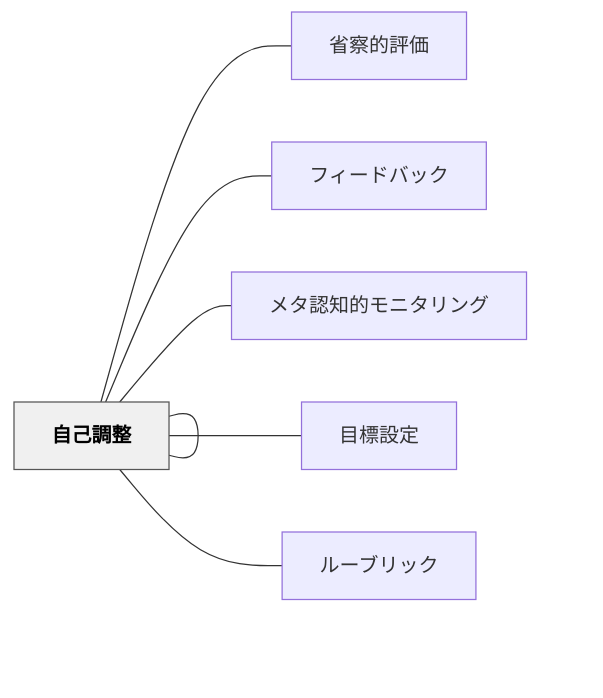
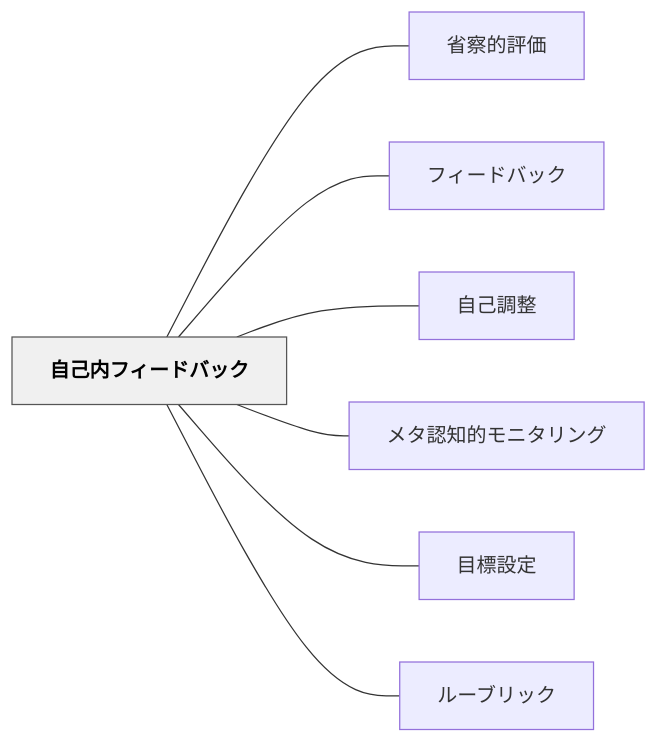
One commit to unknownthings-ed-patterns/unknownthings-ed-patterns changed the diagram in content/パタン/自己内フィードバック.md. Above: the diagram before and after it, drawn with Mermaid. The commit also changed 527 other files, not shown here.

````diff
--- a/content/パタン/自己内フィードバック.md
+++ b/content/パタン/自己内フィードバック.md
@@ -63,20 +63,20 @@
 ```mermaid
 flowchart LR
-    ne887aae5b7b1["自己内フィードバック"]
-    ne79c81e5af9f["省察的評価"]
-    ne38395e382a3["フィードバック"]
-    ne887aae5b7b1["自己調整"]
-    ne383a1e382bf["メタ認知的モニタリング"]
-    ne79baee6a899["目標設定"]
-    ne383abe383bc["ルーブリック"]
+    ne887aae5b7b1e58685e38395e382a3e383bce38389e38390e38383e382af["自己内フィードバック"]
+    ne79c81e5af9fe79a84e8a995e4bea1["省察的評価"]
+    ne38395e382a3e383bce38389e38390e38383e382af["フィードバック"]
+    ne887aae5b7b1e8aabfe695b4["自己調整"]
+    ne383a1e382bfe8aa8de79fa5e79a84e383a2e3838be382bfe383aae383b3e382b0["メタ認知的モニタリング"]
+    ne79baee6a899e8a8ade5ae9a["目標設定"]
+    ne383abe383bce38396e383aae38383e382af["ルーブリック"]
 
-    ne887aae5b7b1 --- ne79c81e5af9f
-    ne887aae5b7b1 --- ne38395e382a3
-    ne887aae5b7b1 --- ne887aae5b7b1
-    ne887aae5b7b1 --- ne383a1e382bf
-    ne887aae5b7b1 --- ne79baee6a899
-    ne887aae5b7b1 --- ne383abe383bc
+    ne887aae5b7b1e58685e38395e382a3e383bce38389e38390e38383e382af --- ne79c81e5af9fe79a84e8a995e4bea1
+    ne887aae5b7b1e58685e38395e382a3e383bce38389e38390e38383e382af --- ne38395e382a3e383bce38389e38390e38383e382af
+    ne887aae5b7b1e58685e38395e382a3e383bce38389e38390e38383e382af --- ne887aae5b7b1e8aabfe695b4
+    ne887aae5b7b1e58685e38395e382a3e383bce38389e38390e38383e382af --- ne383a1e382bfe8aa8de79fa5e79a84e383a2e3838be382bfe383aae383b3e382b0
+    ne887aae5b7b1e58685e38395e382a3e383bce38389e38390e38383e382af --- ne79baee6a899e8a8ade5ae9a
+    ne887aae5b7b1e58685e38395e382a3e383bce38389e38390e38383e382af --- ne383abe383bce38396e383aae38383e382af
 
     classDef hub fill:#f0f0f0,stroke:#555,color:#000,font-weight:bold
-    class ne887aae5b7b1 hub
+    class ne887aae5b7b1e58685e38395e382a3e383bce38389e38390e38383e382af hub
 ```
````
